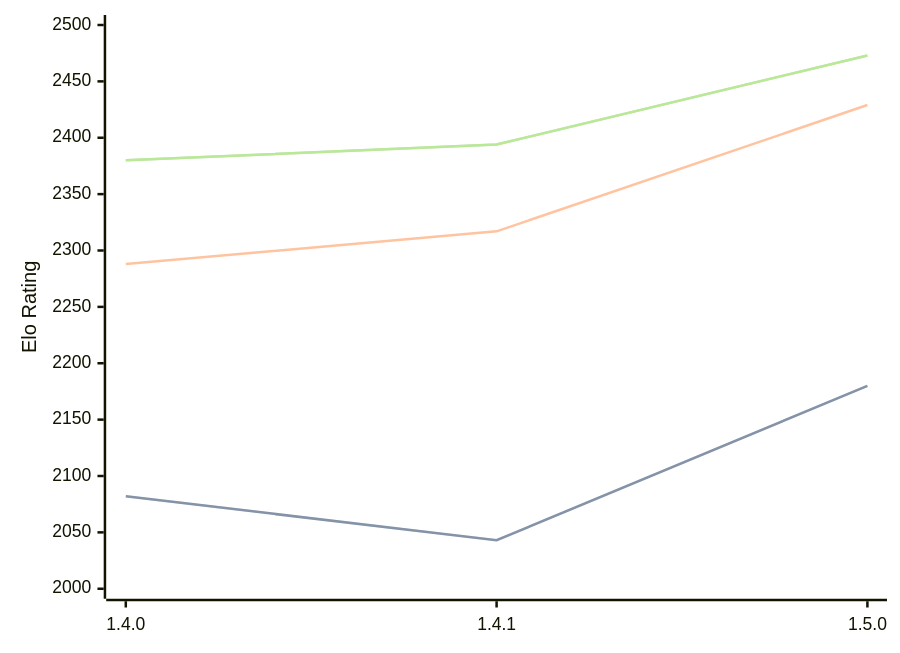
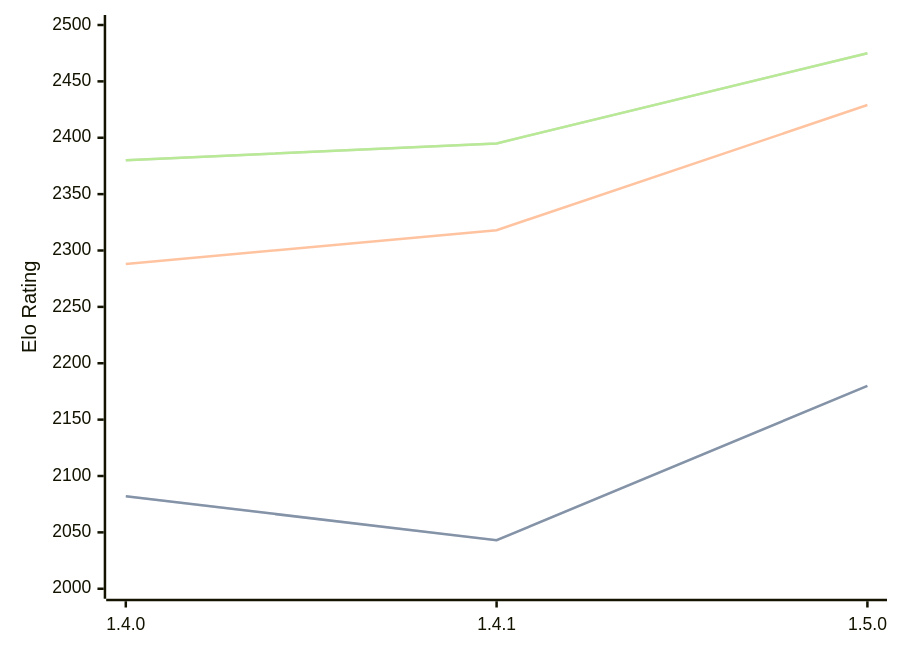
Before and after one commit to computer-chess-index/cci: the diagram in engines/Tofiks.md, drawn with Mermaid. The commit also changed other lines of this file, not shown here.

Commit message:
Update CCI Ratings (ELO VLTC) - 2026-08-24

````diff
--- a/engines/Tofiks.md
+++ b/engines/Tofiks.md
@@ -33,11 +33,11 @@
 ```mermaid
 %%{init: {"theme":"base","themeVariables":{"seriesColors:['#a3a3a3','#222221','#faa371']}}}%%
 xychart-beta
   x-axis ["1.4.0", "1.4.1", "1.5.0"]
   y-axis "Elo Rating" 2000 --> 2500
   line "STC (8.0+0.08s)" [2082, 2043, 2180]
   line "STC (8.0+0.08s)" [2082, 2043, 2180]
-  line "LTC (60.0+0.60s)" [2288, 2317, 2429]
-  line "VLTC (2m24s+1.12s)" [2380, 2394, 2473]
-  line "VLTC (2m24s+1.12s)" [2380, 2394, 2473]
+  line "LTC (60.0+0.60s)" [2288, 2318, 2429]
+  line "VLTC (2m24s+1.12s)" [2380, 2395, 2475]
+  line "VLTC (2m24s+1.12s)" [2380, 2395, 2475]
 ```
````
